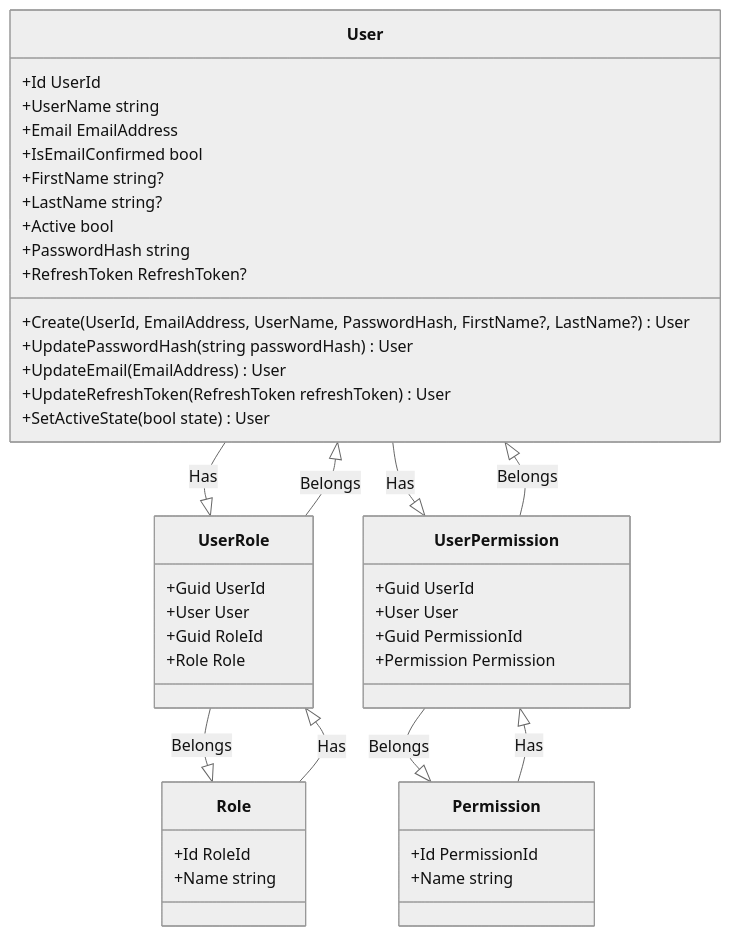
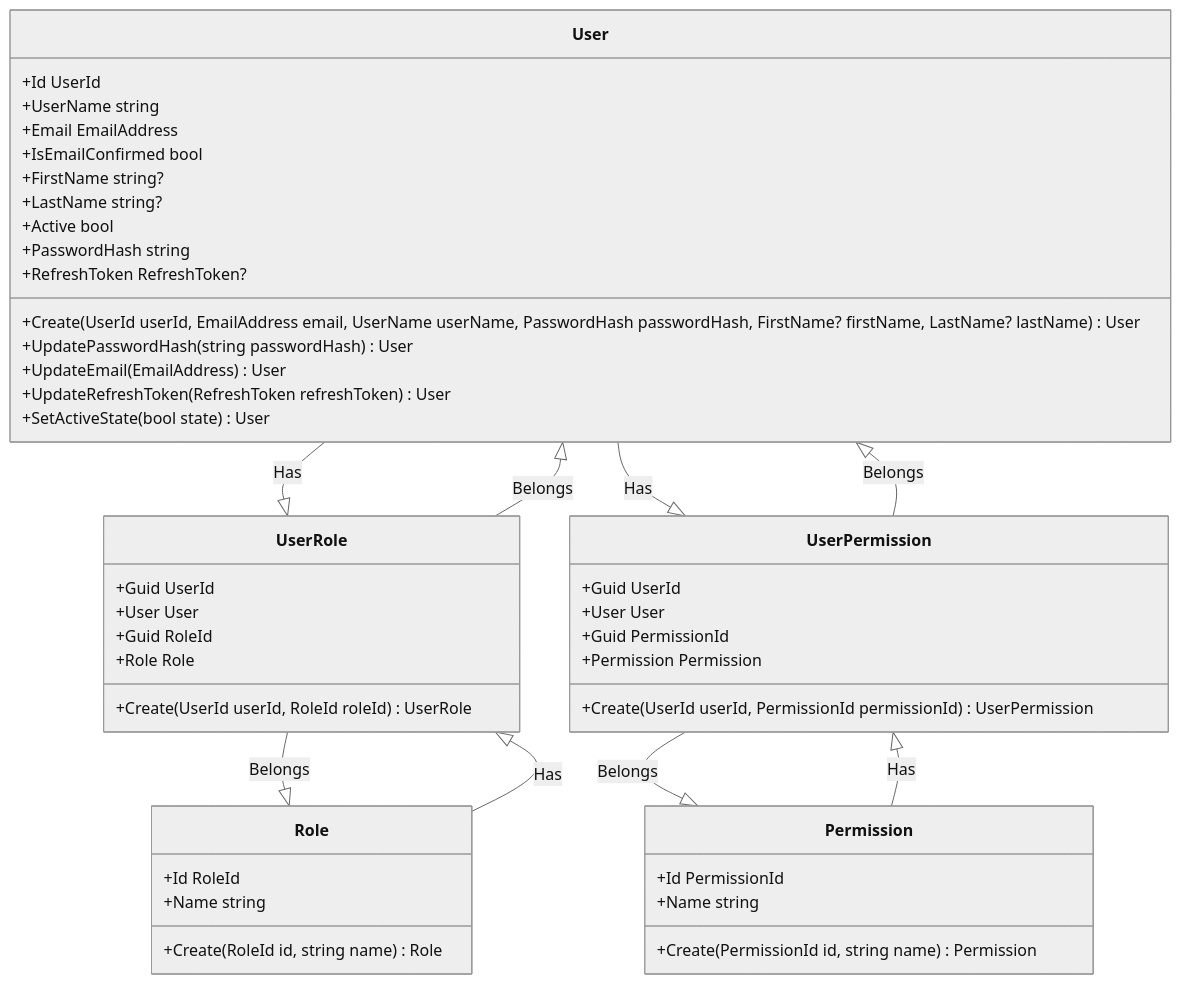
One commit to snicoper/agenda-manager-docs changed the first of 9 diagrams in source/Domain/Identity.md. Above: the diagram before and after it, drawn with Mermaid (neutral theme). The commit also changed 1 other file, not shown here.

Commit message:
Added Result modeling

````diff
--- a/source/Domain/Identity.md
+++ b/source/Domain/Identity.md
@@ -5,54 +5,62 @@
 ```mermaid
 classDiagram
     class User {
         +Id UserId
         +UserName string
         +Email EmailAddress
         +IsEmailConfirmed bool
         +FirstName string?
         +LastName string?
         +Active bool
         +PasswordHash string
         +RefreshToken RefreshToken?
 
-        +Create(UserId, EmailAddress, UserName, PasswordHash, FirstName?, LastName?) User
+        +Create(UserId userId, EmailAddress email, UserName userName, PasswordHash passwordHash, FirstName? firstName, LastName? lastName) User
         +UpdatePasswordHash(string passwordHash) User
         +UpdateEmail(EmailAddress) User
         +UpdateRefreshToken(RefreshToken refreshToken) User
         +SetActiveState(bool state) User
     }
 
     class Role {
         +Id RoleId
         +Name string
+
+        +Create(RoleId id, string name) Role
     }
 
     class Permission {
         +Id PermissionId
         +Name string
+
+        +Create(PermissionId id, string name) Permission
     }
 
 
    class UserRole {
         +Guid UserId
         +User User
         +Guid RoleId
         +Role Role
+
+        +Create(UserId userId, RoleId roleId) UserRole
     }
 
     class UserPermission {
         +Guid UserId
         +User User
         +Guid PermissionId
         +Permission Permission
+
+        +Create(UserId userId, PermissionId permissionId) UserPermission
     }
 
     User --|> UserRole : Has
     UserRole --|> User : Belongs
     Role --|> UserRole : Has
     UserRole --|> Role : Belongs
     User --|> UserPermission : Has
     UserPermission --|> User : Belongs
     Permission --|> UserPermission : Has
     UserPermission --|> Permission : Belongs
 ```
````
